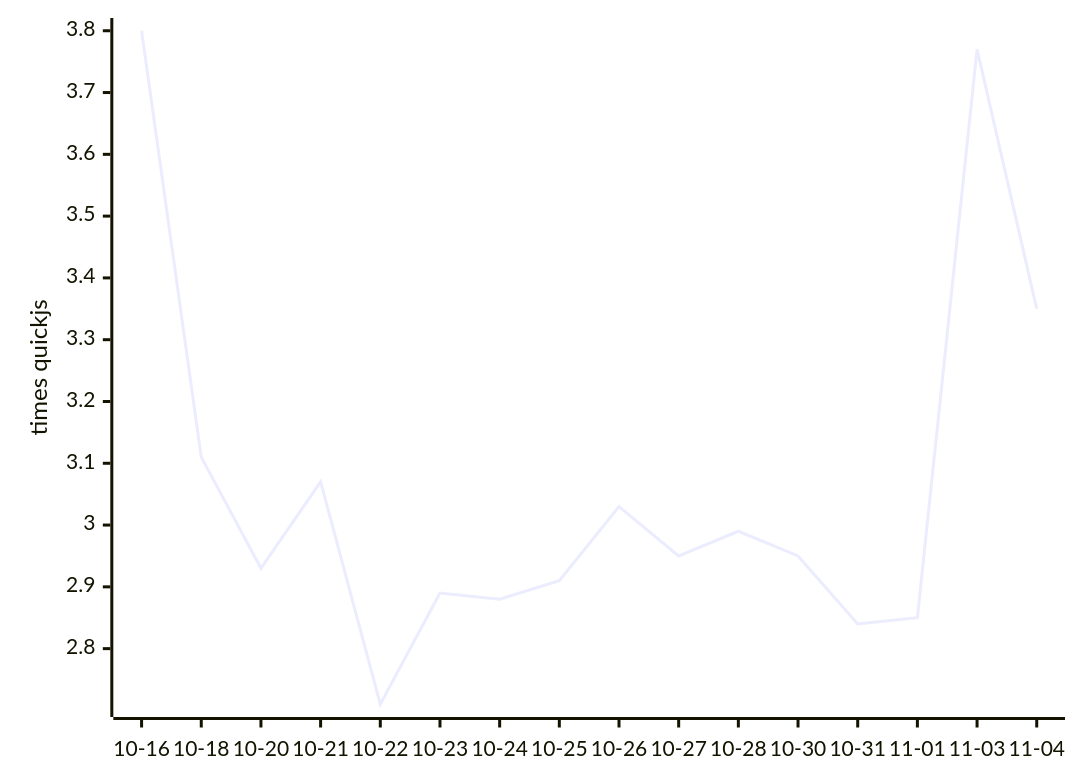
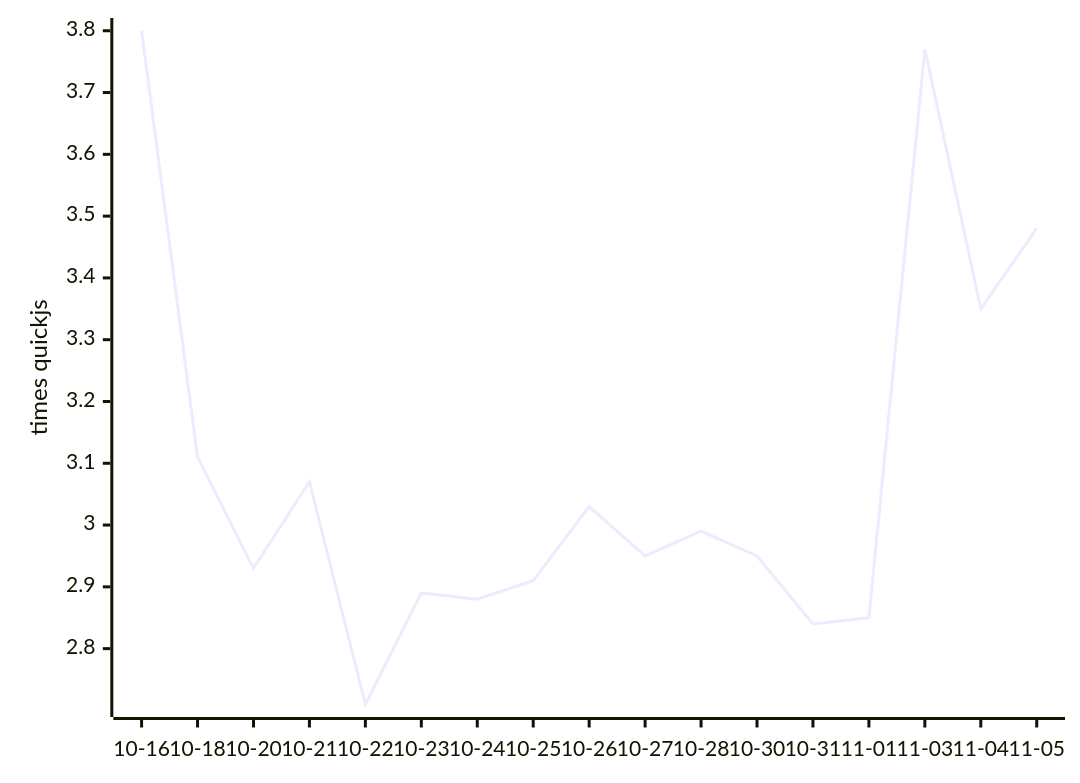
The diagram in README.md (mozzius/kahvi), drawn with Mermaid before and after one commit. The commit also changed other lines of this file and 1 other file, not shown here.

````diff
--- a/README.md
+++ b/README.md
@@ -9,6 +9,6 @@
 ```mermaid
 xychart-beta
-  x-axis ["10-16", "10-18", "10-20", "10-21", "10-22", "10-23", "10-24", "10-25", "10-26", "10-27", "10-28", "10-30", "10-31", "11-01", "11-03", "11-04"]
+  x-axis ["10-16", "10-18", "10-20", "10-21", "10-22", "10-23", "10-24", "10-25", "10-26", "10-27", "10-28", "10-30", "10-31", "11-01", "11-03", "11-04", "11-05"]
   y-axis "times quickjs"
-  line [3.80, 3.11, 2.93, 3.07, 2.71, 2.89, 2.88, 2.91, 3.03, 2.95, 2.99, 2.95, 2.84, 2.85, 3.77, 3.35]
+  line [3.80, 3.11, 2.93, 3.07, 2.71, 2.89, 2.88, 2.91, 3.03, 2.95, 2.99, 2.95, 2.84, 2.85, 3.77, 3.35, 3.48]
 ```
````
